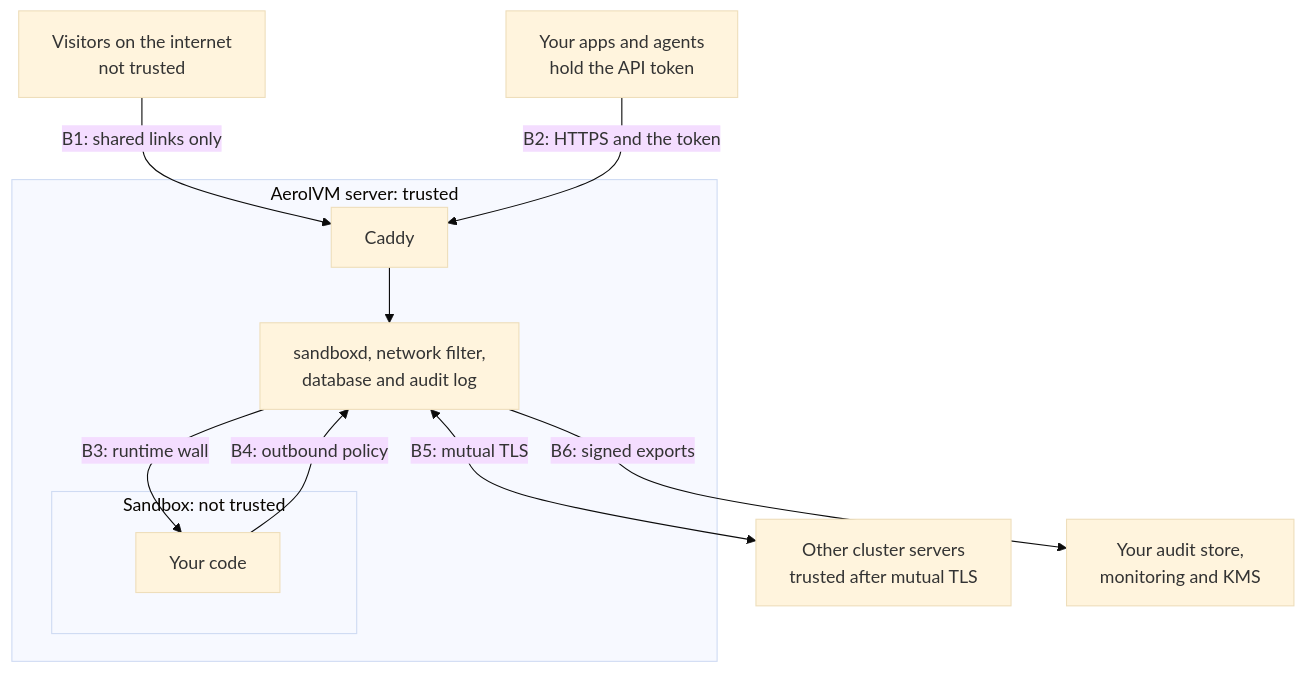
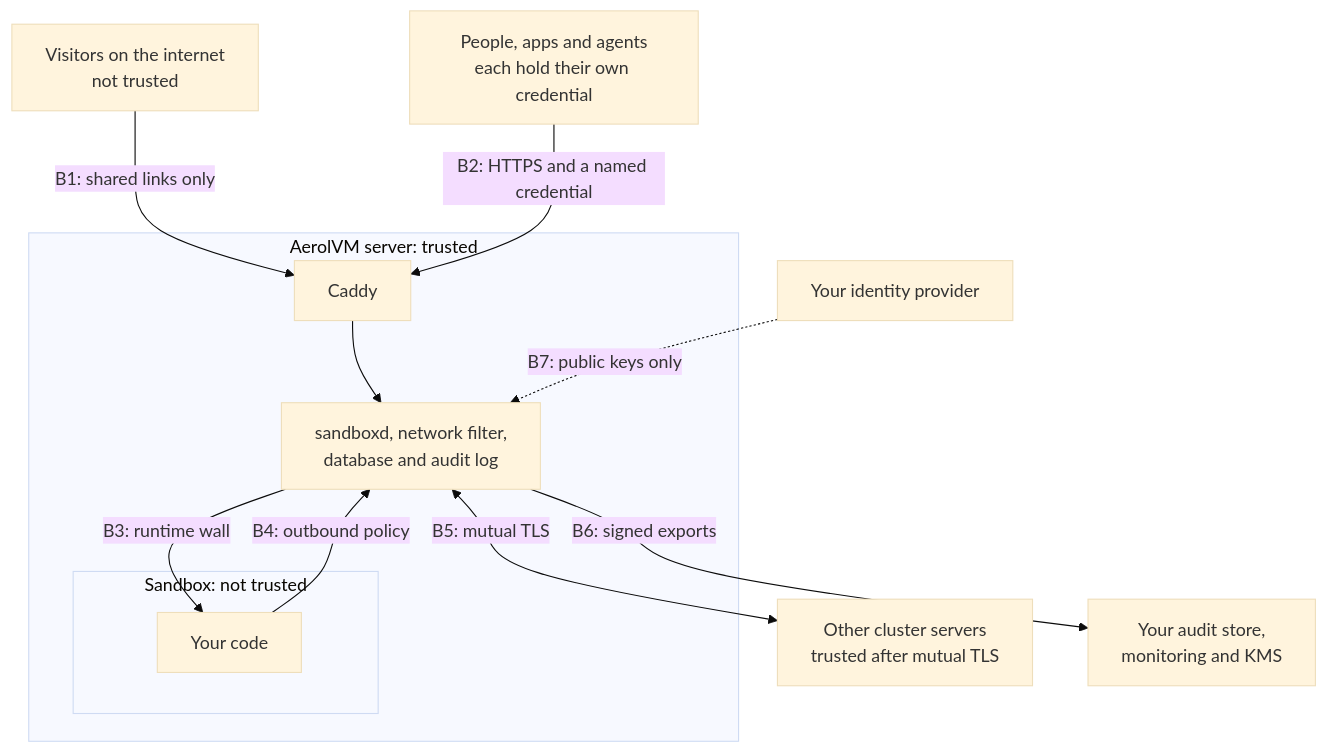
Before and after one commit to aerol-ai/microvm: the first of 5 diagrams in docs/src/content/docs/enterprise/architecture.mdx, drawn with Mermaid (base theme). The commit also changed other lines of this file and 15 other files, not shown here.

````diff
--- a/docs/src/content/docs/enterprise/architecture.mdx
+++ b/docs/src/content/docs/enterprise/architecture.mdx
@@ -27,19 +28,21 @@
 ```mermaid
 flowchart TB
     Visitors["Visitors on the internet<br/>not trusted"]
-    Apps["Your apps and agents<br/>hold the API token"]
+    Apps["People, apps and agents<br/>each hold their own credential"]
+    IdP["Your identity provider"]
     subgraph Host["AerolVM server: trusted"]
         Edge["Caddy"] --> Core["sandboxd, network filter,<br/>database and audit log"]
         subgraph Box["Sandbox: not trusted"]
             Code["Your code"]
         end
     end
     Peers["Other cluster servers<br/>trusted after mutual TLS"]
     Systems["Your audit store,<br/>monitoring and KMS"]
     Visitors -- "B1: shared links only" --> Edge
-    Apps -- "B2: HTTPS and the token" --> Edge
+    Apps -- "B2: HTTPS and a named credential" --> Edge
+    IdP -. "B7: public keys only" .-> Core
     Core -- "B3: runtime wall" --> Code
     Code -- "B4: outbound policy" --> Core
     Core <-- "B5: mutual TLS" --> Peers
     Core -- "B6: signed exports" --> Systems
 ```
````
